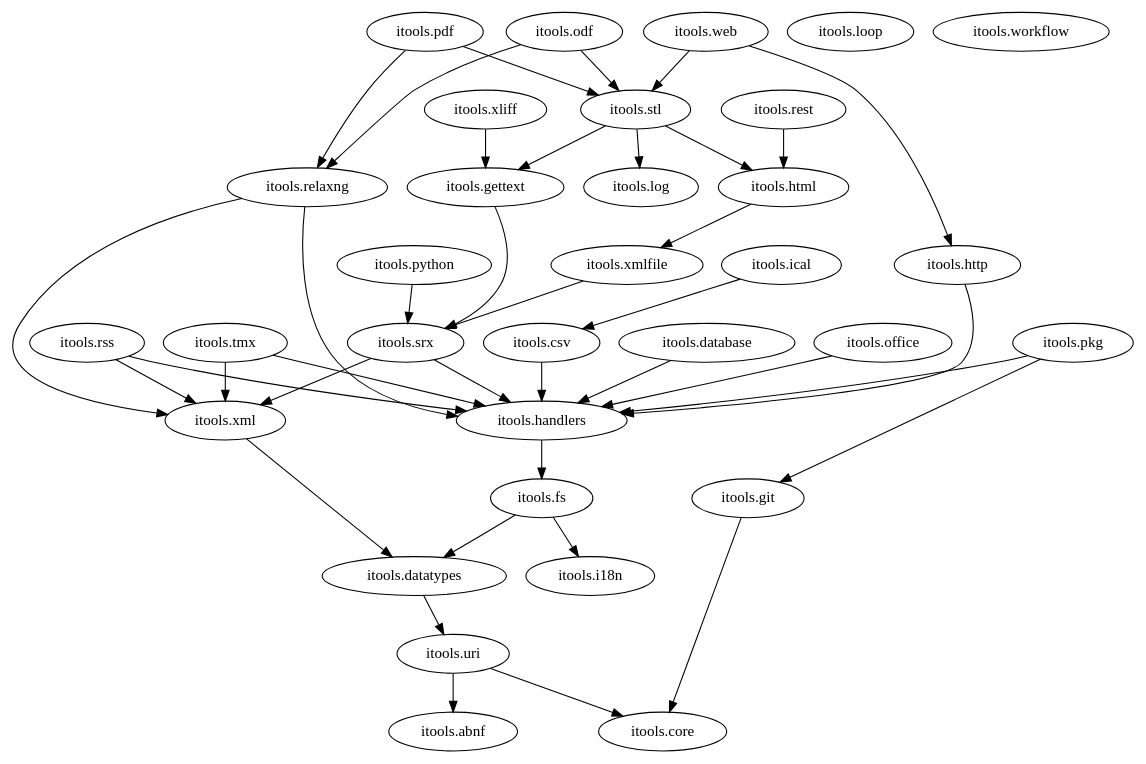
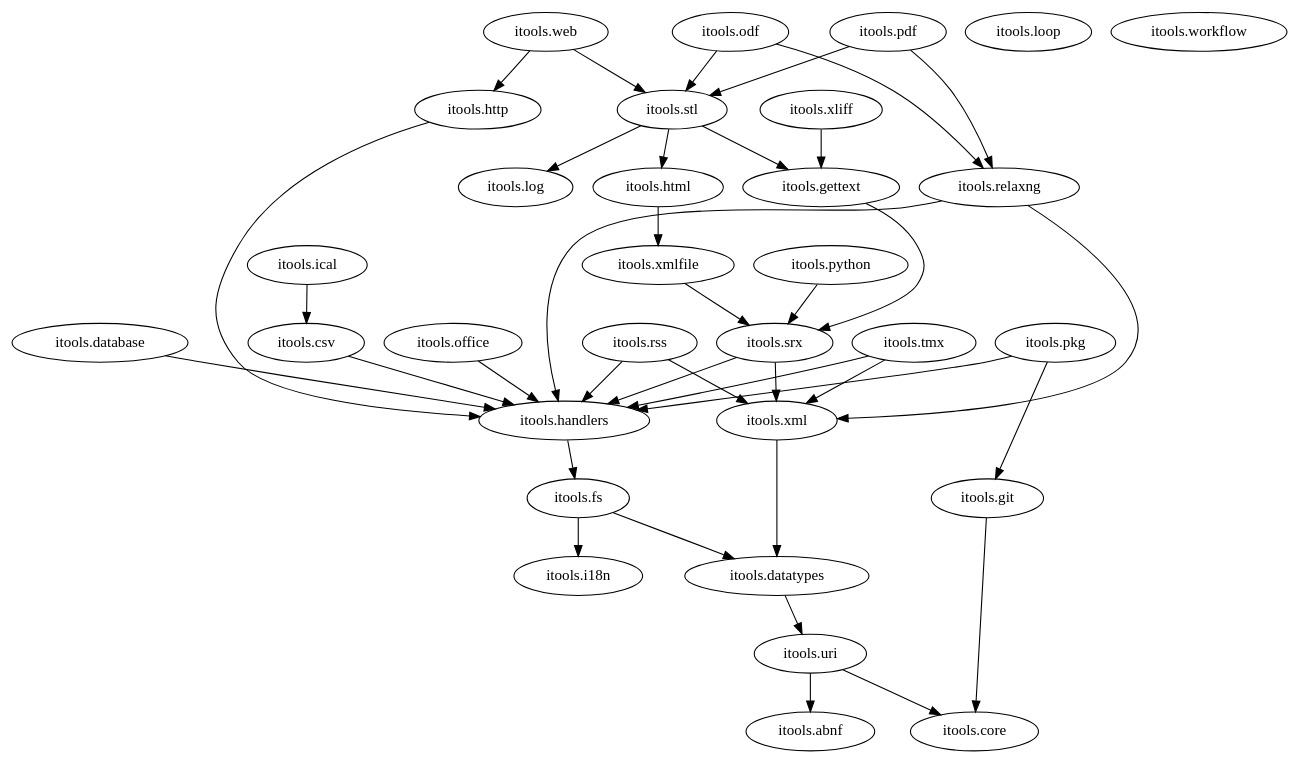
One commit to hforge/itools changed the diagram in docs/figures-src/packages.dot. Above: the diagram before and after it, drawn with Graphviz. The commit also changed 8 other files, not shown here.

Commit message:
bug#53: remove itools.rest

```diff
--- a/docs/figures-src/packages.dot
+++ b/docs/figures-src/packages.dot
@@ -1,146 +1,142 @@
 digraph G {
   "itools.abnf";
 
   "itools.core";
 
 #  "itools.csv" -> "itools.core";
 #  "itools.csv" -> "itools.datatypes";
   "itools.csv" -> "itools.handlers";
 
 #  "itools.database" -> "itools.core";
 #  "itools.database" -> "itools.datatypes";
 #  "itools.database" -> "itools.fs";
   "itools.database" -> "itools.handlers";
 #  "itools.xapian" -> "itools.i18n";
 #  "itools.database" -> "itools.uri";
 
 #  "itools.datatypes" -> "itools.core";
   "itools.datatypes" -> "itools.uri";
 
 #  "itools.fs" -> "itools.core";
   "itools.fs" -> "itools.datatypes";
   "itools.fs" -> "itools.i18n";
 #  "itools.fs" -> "itools.uri";
 
 #  "itools.gettext" -> "itools.core";
 #  "itools.gettext" -> "itools.handlers";
   "itools.gettext" -> "itools.srx";
 
   "itools.git" -> "itools.core";
 
 #  "itools.handlers" -> "itools.core";
 #  "itools.handlers" -> "itools.datatypes";
   "itools.handlers" -> "itools.fs";
 
 #  "itools.html" -> "itools.core";
 #  "itools.html" -> "itools.datatypes";
 #  "itools.html" -> "itools.handlers";
 #  "itools.html" -> "itools.xml";
   "itools.html" -> "itools.xmlfile";
 
 #  "itools.http" -> "itools.datatypes";
   "itools.http" -> "itools.handlers";
 
   "itools.i18n";
 
 #  "itools.ical" -> "itools.core";
   "itools.ical" -> "itools.csv";
 #  "itools.ical" -> "itools.datatypes";
 #  "itools.ical" -> "itools.handlers";
 
   "itools.log";
 
   "itools.loop";
 
 #  "itools.odf" -> "itools.core";
 #  "itools.odf" -> "itools.datatypes";
 #  "itools.odf" -> "itools.fs";
 #  "itools.odf" -> "itools.handlers";
   "itools.odf" -> "itools.relaxng";
   "itools.odf" -> "itools.stl";
 #  "itools.odf" -> "itools.xml";
 #  "itools.odf" -> "itools.xmlfile";
 
   "itools.office" -> "itools.handlers";
 
 #  "itools.pdf" -> "itools.core";
 #  "itools.pdf" -> "itools.datatypes";
 #  "itools.pdf" -> "itools.fs";
 #  "itools.pdf" -> "itools.handlers";
   "itools.pdf" -> "itools.relaxng";
   "itools.pdf" -> "itools.stl";
 #  "itools.pdf" -> "itools.uri";
 #  "itools.pdf" -> "itools.xml";
 #  "itools.pdf" -> "itools.xmlfile";
 
 #  "itools.pkg" -> "itools.core";
 #  "itools.pkg" -> "itools.datatypes";
 #  "itools.pkg" -> "itools.fs";
   "itools.pkg" -> "itools.git";
   "itools.pkg" -> "itools.handlers";
 
 #  "itools.python" -> "itools.handlers";
   "itools.python" -> "itools.srx";
 
 #  "itools.relaxng" -> "itools.core";
 #  "itools.relaxng" -> "itools.datatypes";
 #  "itools.relaxng" -> "itools.fs";
   "itools.relaxng" -> "itools.handlers";
   "itools.relaxng" -> "itools.xml";
 #  "itools.relaxng" -> "itools.uri";
 
-#  "itools.rest" -> "itools.handlers";
-  "itools.rest" -> "itools.html";
-#  "itools.rest" -> "itools.xml";
-
 #  "itools.rss" -> "itools.core";
 #  "itools.rss" -> "itools.datatypes";
   "itools.rss" -> "itools.handlers";
   "itools.rss" -> "itools.xml";
 
 #  "itools.srx" -> "itools.core";
   "itools.srx" -> "itools.handlers";
   "itools.srx" -> "itools.xml";
 
 #  "itools.stl" -> "itools.core";
 #  "itools.stl" -> "itools.datatypes";
   "itools.stl" -> "itools.gettext";
   "itools.stl" -> "itools.html";
   "itools.stl" -> "itools.log";
 #  "itools.stl" -> "itools.uri";
 #  "itools.stl" -> "itools.xml";
 #  "itools.stl" -> "itools.xmlfile";
 
 #  "itools.tmx" -> "itools.core";
 #  "itools.tmx" -> "itools.datatypes";
   "itools.tmx" -> "itools.handlers";
   "itools.tmx" -> "itools.xml";
 
   "itools.uri" -> "itools.abnf";
   "itools.uri" -> "itools.core";
 
 #  "itools.web" -> "itools.core";
 #  "itools.web" -> "itools.datatypes";
 #  "itools.web" -> "itools.gettext";
   "itools.web" -> "itools.http";
 #  "itools.web" -> "itools.i18n";
 #  "itools.web" -> "itools.log";
   "itools.web" -> "itools.stl";
 #  "itools.web" -> "itools.uri";
 
   "itools.workflow";
 
 #  "itools.xliff" -> "itools.core";
 #  "itools.xliff" -> "itools.datatypes";
   "itools.xliff" -> "itools.gettext";
 #  "itools.xliff" -> "itools.handlers";
 #  "itools.xliff" -> "itools.srx";
 #  "itools.xliff" -> "itools.xml";
 
   "itools.xml" -> "itools.datatypes";
 
 #  "itools.xmlfile" -> "itools.datatypes";
 #  "itools.xmlfile" -> "itools.handlers";
   "itools.xmlfile" -> "itools.srx";
 #  "itools.xmlfile" -> "itools.xml";
 }
```
